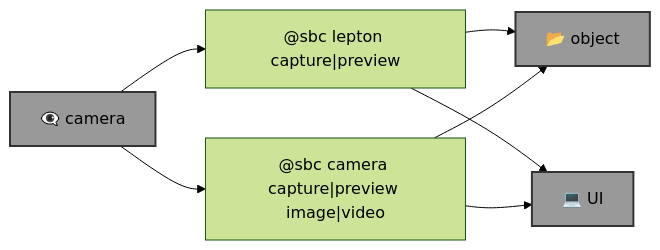
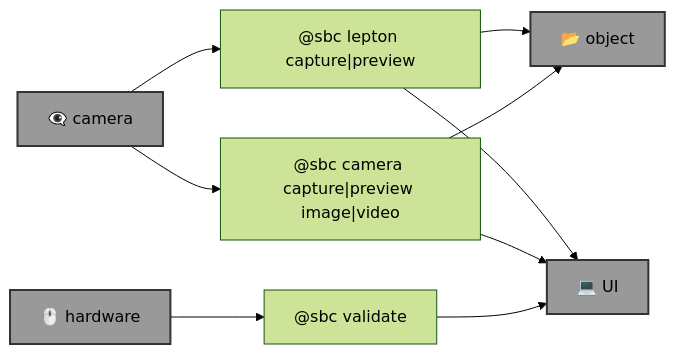
Before and after one commit to kamangir/eye: the diagram in template.md, drawn with Mermaid (forest theme). The commit also changed 6 other files, not shown here.

````diff
--- a/template.md
+++ b/template.md
@@ -11,21 +11,27 @@
 ```mermaid
 graph LR
 
     lepton["@sbc lepton capture|preview"]
 
     camera["@sbc camera capture|preview image|video"]
 
+    hardware_validate["@sbc <hardware> validate <options>"]
+
     object["📂 object"]:::folder
     camera_hardware["👁️‍🗨️ camera"]:::folder
+    hardware["🖱️ hardware"]:::folder
     UI["💻 UI"]:::folder
 
     camera_hardware --> lepton
     lepton --> object
     lepton --> UI
 
     camera_hardware --> camera
     camera --> object
     camera --> UI
 
+    hardware --> hardware_validate
+    hardware_validate --> UI
+
     classDef folder fill:#999,stroke:#333,stroke-width:2px;
 ```
````
